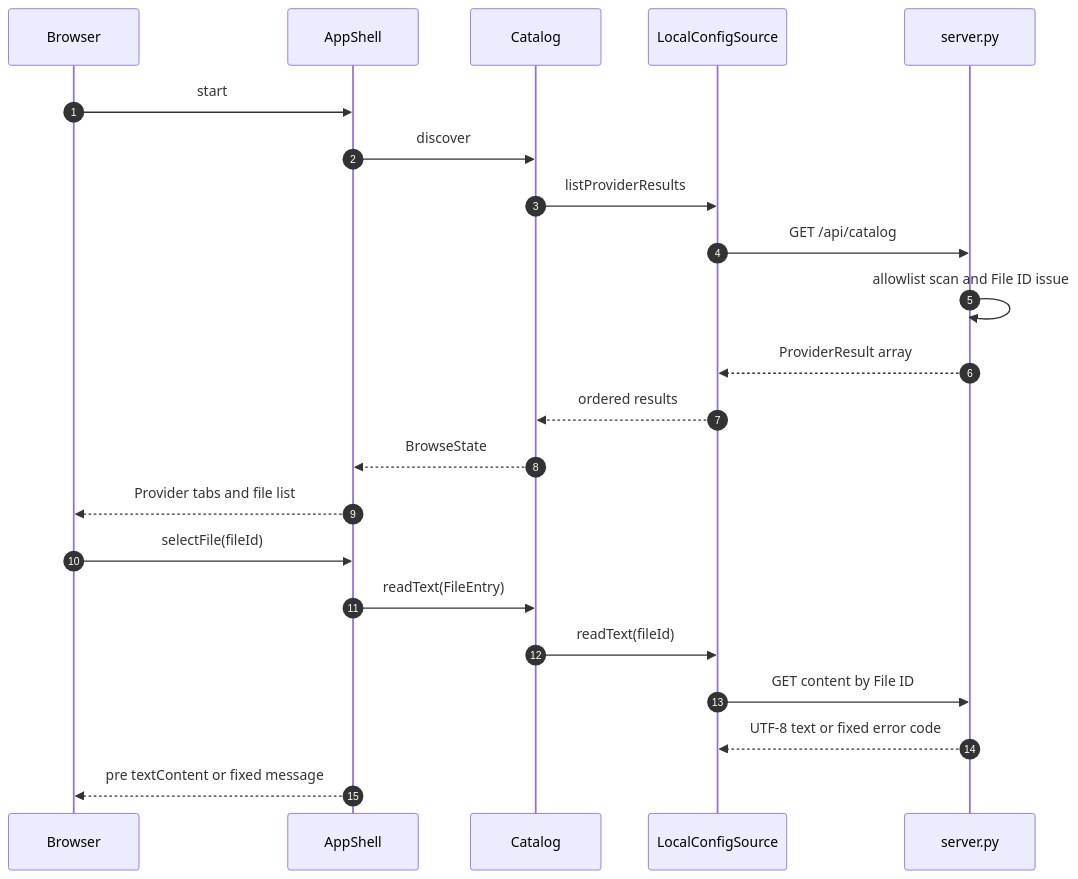
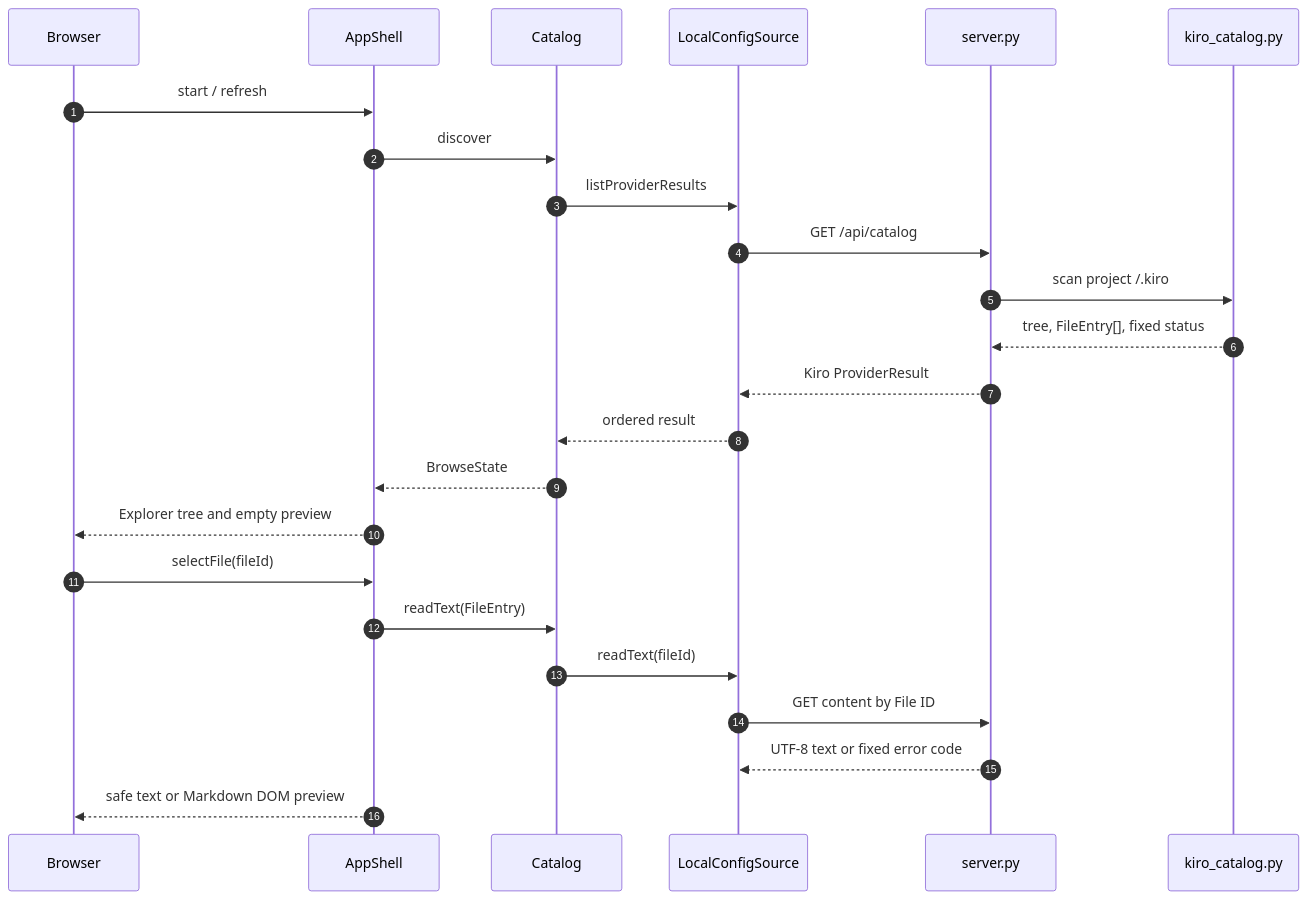
Before and after one commit to xzyozi/agent-config-viewer: the diagram in docs/design/ACV-DD-001_閲覧フロー詳細設計書.md, drawn with Mermaid. The commit also changed other lines of this file and 6 other files, not shown here.

````diff
--- a/docs/design/ACV-DD-001_閲覧フロー詳細設計書.md
+++ b/docs/design/ACV-DD-001_閲覧フロー詳細設計書.md
@@ -34,24 +39,26 @@
 ```mermaid
 sequenceDiagram
     autonumber
     participant Browser
     participant App as AppShell
     participant Catalog
     participant Source as LocalConfigSource
     participant Server as server.py
-    Browser->>App: start
+    participant Scanner as kiro_catalog.py
+    Browser->>App: start / refresh
     App->>Catalog: discover
     Catalog->>Source: listProviderResults
     Source->>Server: GET /api/catalog
-    Server->>Server: allowlist scan and File ID issue
-    Server-->>Source: ProviderResult array
-    Source-->>Catalog: ordered results
+    Server->>Scanner: scan project /.kiro
+    Scanner-->>Server: tree, FileEntry[], fixed status
+    Server-->>Source: Kiro ProviderResult
+    Source-->>Catalog: ordered result
     Catalog-->>App: BrowseState
-    App-->>Browser: Provider tabs and file list
+    App-->>Browser: Explorer tree and empty preview
     Browser->>App: selectFile(fileId)
     App->>Catalog: readText(FileEntry)
     Catalog->>Source: readText(fileId)
     Source->>Server: GET content by File ID
     Server-->>Source: UTF-8 text or fixed error code
-    App-->>Browser: pre textContent or fixed message
+    App-->>Browser: safe text or Markdown DOM preview
 ```
````
